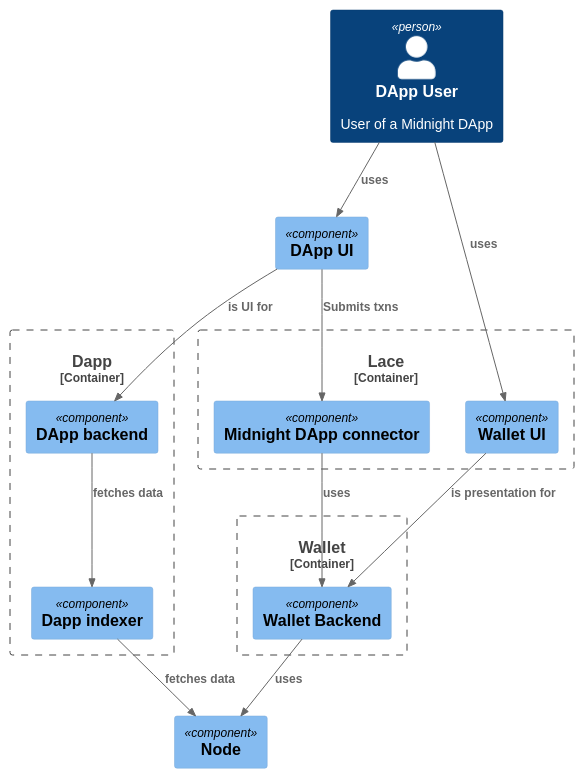
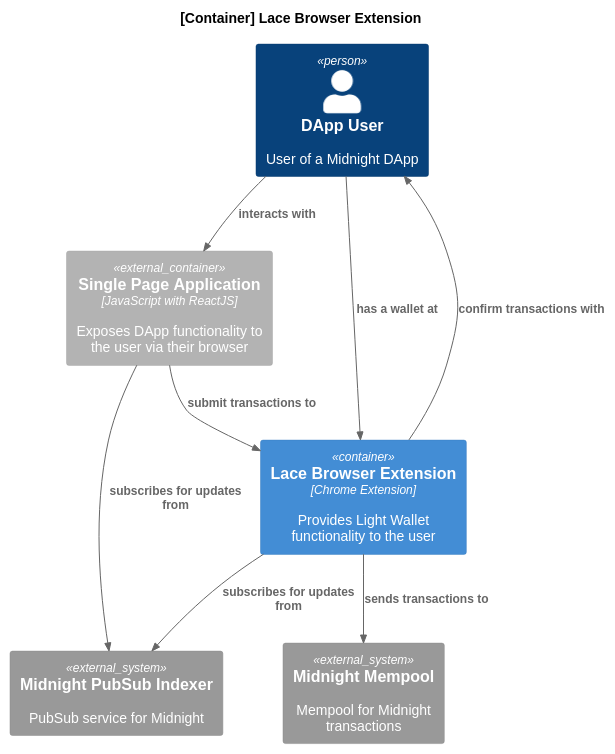
Before and after one commit to midnightntwrk/midnight-architecture: the diagram in dapp-arch-2.puml, drawn with PlantUML.

Commit message:
Add a Container diagram from Lace Browser Extension

```diff
--- a/dapp-arch-2.puml
+++ b/dapp-arch-2.puml
@@ -1,39 +1,27 @@
-@startuml
+@startuml Container diagram for Lace Browser Extension
 
-'!include https://raw.githubusercontent.com/plantuml-stdlib/C4-PlantUML/master/C4.puml
-'!include https://raw.githubusercontent.com/plantuml-stdlib/C4-PlantUML/master/C4_Context.puml
-'!include https://raw.githubusercontent.com/plantuml-stdlib/C4-PlantUML/master/C4_Container.puml
 !include https://raw.githubusercontent.com/plantuml-stdlib/C4-PlantUML/master/C4_Component.puml
 
 skinparam defaultFontName Liberation Sans
 
+title [Container] Lace Browser Extension
+
 Person(user, "DApp User", "User of a Midnight DApp")
 
-Component(dappUI, "DApp UI")
+Container_Ext(spa, "Single Page Application", "JavaScript with ReactJS", "Exposes DApp functionality to the user via their browser")
+Container(extension, "Lace Browser Extension", "Chrome Extension", "Provides Light Wallet functionality to the user")
 
-Container_Boundary(lace, "Lace") {
-  Component(dappConnector, "Midnight DApp connector")
-  Component(walletUI, "Wallet UI")
-}
+System_Ext(mempool, "Midnight Mempool", "Mempool for Midnight transactions")
+System_Ext(indexer, "Midnight PubSub Indexer", "PubSub service for Midnight")
 
-Container_Boundary(dapp, "Dapp") {
-  Component(dappBackend, "DApp backend")
-  Component(dappIndexer, "Dapp indexer")
-}
+Rel(user, spa, "interacts with")
+Rel(user, extension, "has a wallet at")
 
-Container_Boundary(wallet, "Wallet") {
-  Component(walletBackend, "Wallet Backend")
-}
+Rel(spa, extension, "submit transactions to")
+Rel(spa, indexer, "subscribes for updates from")
 
-Component(node, "Node")
+Rel(extension, mempool, "sends transactions to")
+Rel(extension, user, "confirm transactions with")
+Rel(extension, indexer, "subscribes for updates from")
 
-Rel(dappUI, dappBackend, "is UI for")
-Rel(dappUI, dappConnector, "Submits txns")
-Rel(dappConnector, walletBackend, "uses")
-Rel(dappBackend, dappIndexer, "fetches data")
-Rel(dappIndexer, node, "fetches data")
-Rel(walletUI, walletBackend, "is presentation for")
-Rel(walletBackend, node, "uses")
-Rel(user, dappUI, "uses")
-Rel(user, walletUI, "uses")
 @enduml
```
